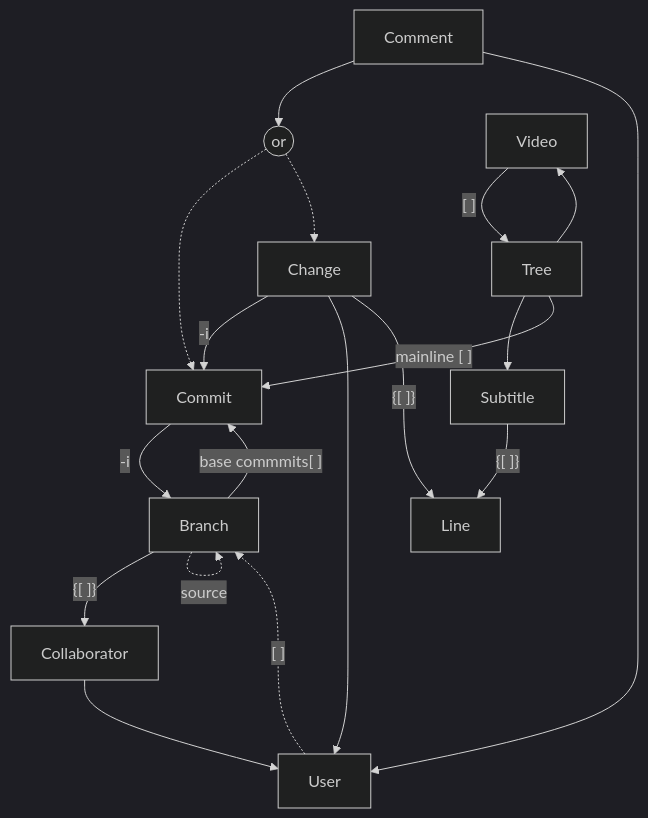
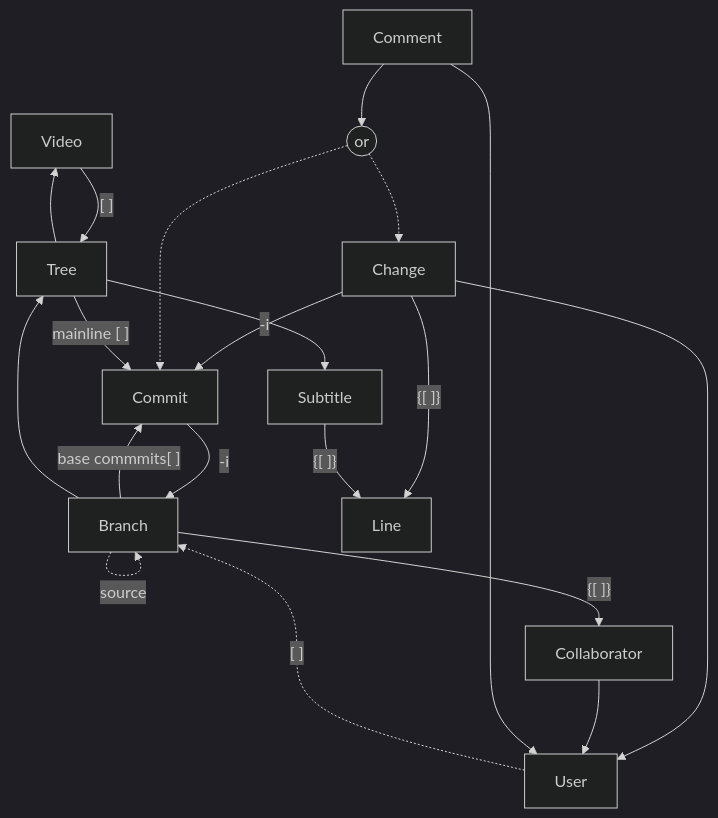
Before and after one commit to linck5/subtitle-editor-back: the second of 2 diagrams in docs/db-relational-model.md, drawn with Mermaid (dark theme). The commit also changed other lines of this file and 3 other files, not shown here.

````diff
--- a/docs/db-relational-model.md
+++ b/docs/db-relational-model.md
@@ -79,33 +79,33 @@
 ```mermaid
 graph TB
 
-Comment --> Or((or))
-Comment --> User
-
-Or -.-> Commit
-Or -.-> Change
-
 Video -->|"[ ]"| Tree
-
-Tree --> Video
-Tree --> Subtitle
-Tree -->|"mainline [ ]"| Commit
 
 Branch -->|"{[ ]}"| Collaborator
 Branch -->|"base commmits[ ]"| Commit
 Branch -.->|"source"| Branch
+Branch --> Tree
 
 Commit -->|"-i "| Branch
 
 Change -->|"-i"| Commit
 Change --> User
 Change -->|"{[ ]}"| Line
 
 User -.->|"[ ]"| Branch
 
 Collaborator --> User
 
 Subtitle -->|"{[ ]}"| Line
 
+Comment --> Or((or))
+Comment --> User
+
+Or -.-> Commit
+Or -.-> Change
+
+Tree --> Video
+Tree --> Subtitle
+Tree -->|"mainline [ ]"| Commit
 
 ```
````
